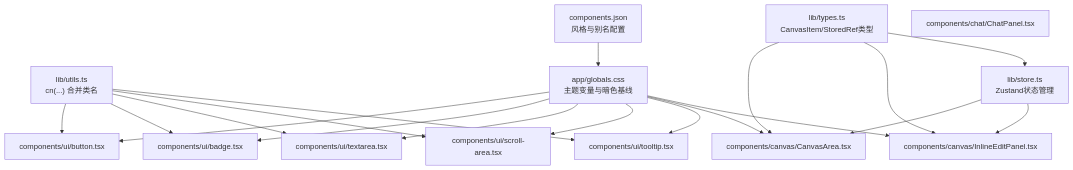
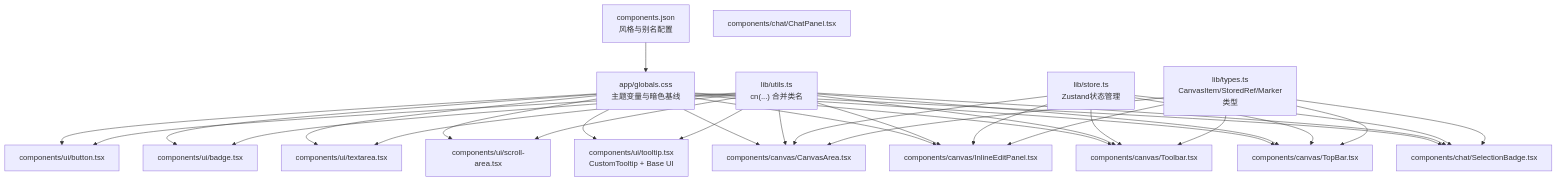
The second of 13 diagrams in .qoder/repowiki/zh/content/UI 组件系统.md (billye220670/BananaFlow2), drawn with Mermaid before and after one commit. The commit also changed other lines of this file and 10 other files, not shown here.

````diff
--- a/.qoder/repowiki/zh/content/UI 组件系统.md
+++ b/.qoder/repowiki/zh/content/UI 组件系统.md
@@ -206,34 +245,50 @@
 ```mermaid
 graph TB
 UTILS["lib/utils.ts<br/>cn(...) 合并类名"]
 THEME["app/globals.css<br/>主题变量与暗色基线"]
 CFG["components.json<br/>风格与别名配置"]
 STORE["lib/store.ts<br/>Zustand状态管理"]
-TYPES["lib/types.ts<br/>CanvasItem/StoredRef类型"]
+TYPES["lib/types.ts<br/>CanvasItem/StoredRef/Marker类型"]
 BTN["components/ui/button.tsx"]
 BADGE["components/ui/badge.tsx"]
 TEXTAREA["components/ui/textarea.tsx"]
 SCROLL["components/ui/scroll-area.tsx"]
-TOOLTIP["components/ui/tooltip.tsx"]
+TOOLTIP["components/ui/tooltip.tsx<br/>CustomTooltip + Base UI"]
 CANVAS["components/canvas/CanvasArea.tsx"]
 INLINEEDIT["components/canvas/InlineEditPanel.tsx"]
+TOOLBAR["components/canvas/Toolbar.tsx"]
+TOPBAR["components/canvas/TopBar.tsx"]
+SELECTIONBADGE["components/chat/SelectionBadge.tsx"]
 CHAT["components/chat/ChatPanel.tsx"]
 CFG --> THEME
 THEME --> BTN
 THEME --> BADGE
 THEME --> TEXTAREA
 THEME --> SCROLL
 THEME --> TOOLTIP
 THEME --> CANVAS
 THEME --> INLINEEDIT
+THEME --> TOOLBAR
+THEME --> TOPBAR
+THEME --> SELECTIONBADGE
 UTILS --> BTN
 UTILS --> BADGE
 UTILS --> TEXTAREA
 UTILS --> SCROLL
 UTILS --> TOOLTIP
+UTILS --> CANVAS
+UTILS --> INLINEEDIT
+UTILS --> TOOLBAR
+UTILS --> TOPBAR
+UTILS --> SELECTIONBADGE
 STORE --> CANVAS
 STORE --> INLINEEDIT
+STORE --> TOOLBAR
+STORE --> TOPBAR
+STORE --> SELECTIONBADGE
 TYPES --> CANVAS
 TYPES --> INLINEEDIT
-TYPES --> STORE
+TYPES --> TOOLBAR
+TYPES --> TOPBAR
+TYPES --> SELECTIONBADGE
 ```
````
